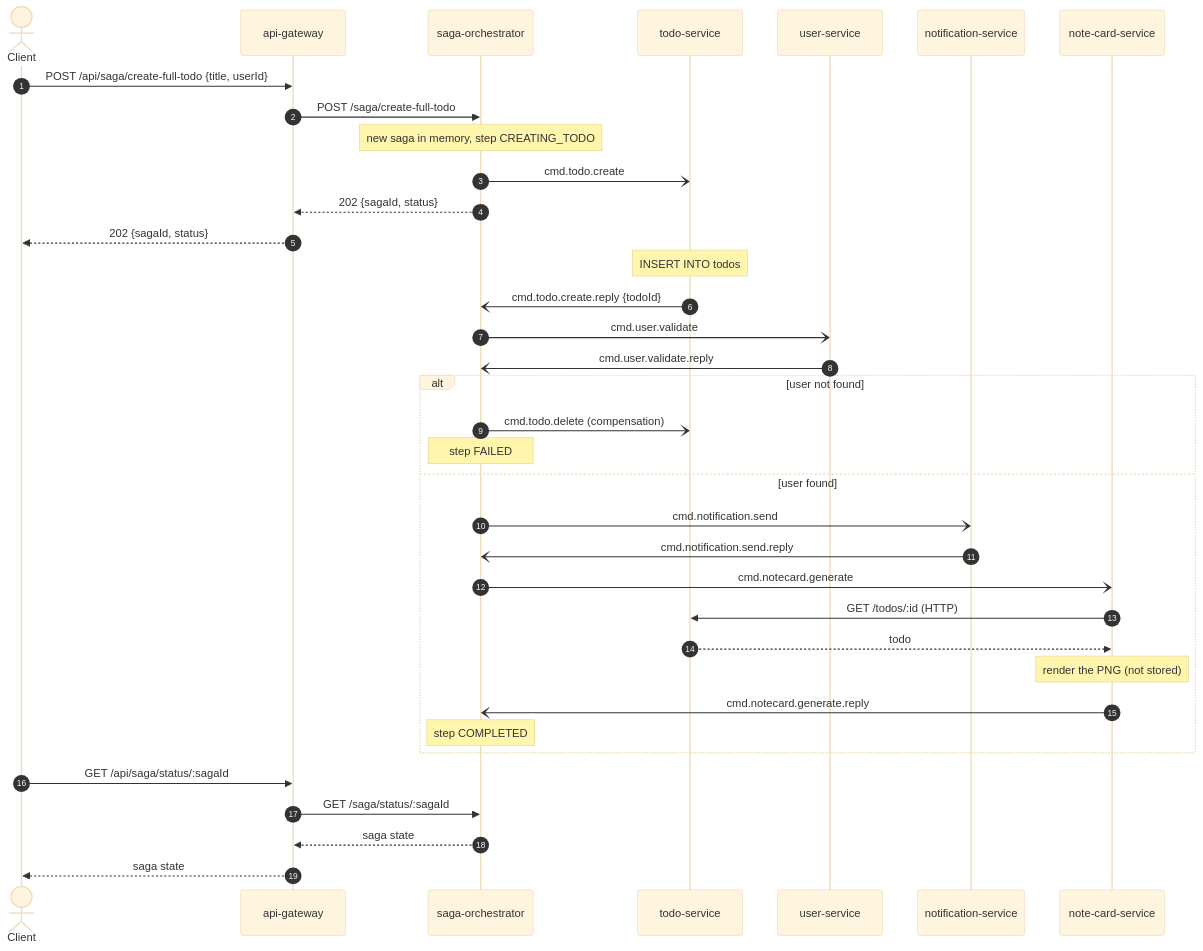
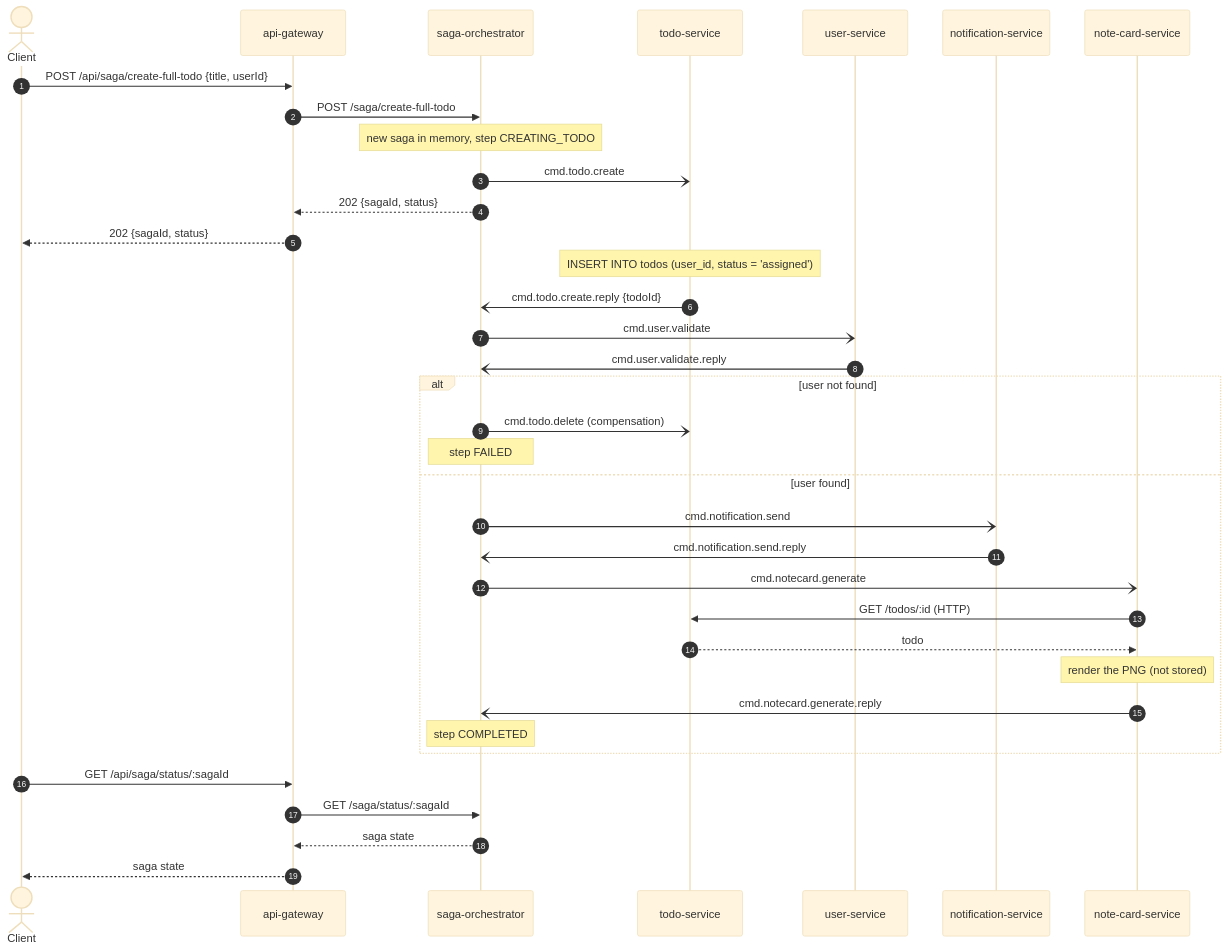
One commit to EotronRM/todo-microservices-example changed the seventh of 10 diagrams in docs/architecture.md. Above: the diagram before and after it, drawn with Mermaid (base theme). The commit also changed other lines of this file and 6 other files, not shown here.

````diff
--- a/docs/architecture.md
+++ b/docs/architecture.md
@@ -240,39 +240,39 @@
 ```mermaid
 sequenceDiagram
     autonumber
     actor C as Client
     participant G as api-gateway
     participant O as saga-orchestrator
     participant T as todo-service
     participant U as user-service
     participant N as notification-service
     participant NC as note-card-service
 
     C->>G: POST /api/saga/create-full-todo {title, userId}
     G->>O: POST /saga/create-full-todo
     Note over O: new saga in memory, step CREATING_TODO
     O-)T: cmd.todo.create
     O-->>G: 202 {sagaId, status}
     G-->>C: 202 {sagaId, status}
-    Note over T: INSERT INTO todos
+    Note over T: INSERT INTO todos (user_id, status = 'assigned')
     T-)O: cmd.todo.create.reply {todoId}
     O-)U: cmd.user.validate
     U-)O: cmd.user.validate.reply
     alt user not found
         O-)T: cmd.todo.delete (compensation)
         Note over O: step FAILED
     else user found
         O-)N: cmd.notification.send
         N-)O: cmd.notification.send.reply
         O-)NC: cmd.notecard.generate
         NC->>T: GET /todos/:id (HTTP)
         T-->>NC: todo
         Note over NC: render the PNG (not stored)
         NC-)O: cmd.notecard.generate.reply
         Note over O: step COMPLETED
     end
     C->>G: GET /api/saga/status/:sagaId
     G->>O: GET /saga/status/:sagaId
     O-->>G: saga state
     G-->>C: saga state
 ```
````
